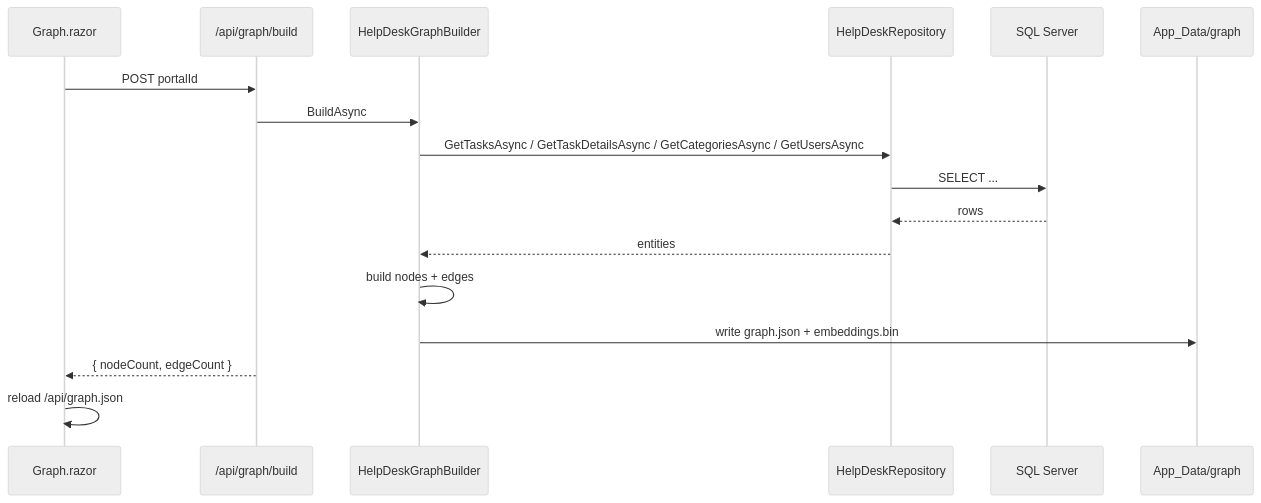
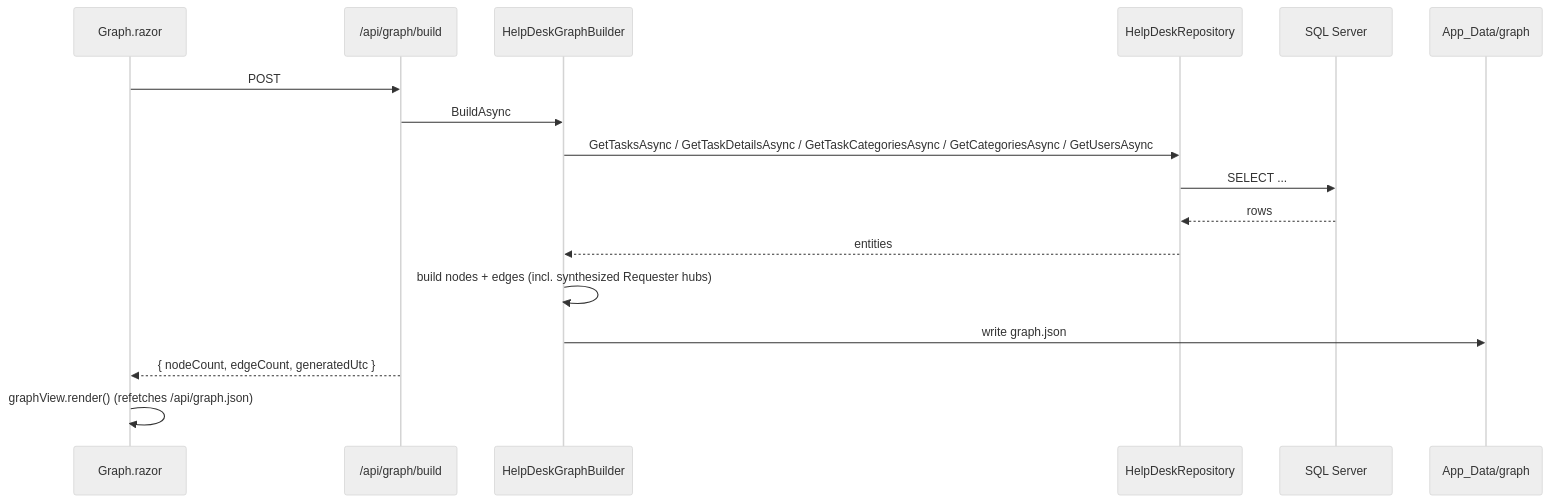
One commit to ADefWebserver/AdefHelpDeskGraphExplorer changed the third of 4 diagrams in docs/implementation-plan.md. Above: the diagram before and after it, drawn with Mermaid (neutral theme). The commit also changed other lines of this file, not shown here.

````diff
--- a/docs/implementation-plan.md
+++ b/docs/implementation-plan.md
@@ -336,20 +393,20 @@
 ```mermaid
 sequenceDiagram
     participant UI as Graph.razor
     participant API as /api/graph/build
     participant B as HelpDeskGraphBuilder
     participant Repo as HelpDeskRepository
     participant DB as SQL Server
     participant FS as App_Data/graph
 
-    UI->>API: POST portalId
+    UI->>API: POST
     API->>B: BuildAsync
-    B->>Repo: GetTasksAsync / GetTaskDetailsAsync / GetCategoriesAsync / GetUsersAsync
+    B->>Repo: GetTasksAsync / GetTaskDetailsAsync / GetTaskCategoriesAsync / GetCategoriesAsync / GetUsersAsync
     Repo->>DB: SELECT ...
     DB-->>Repo: rows
     Repo-->>B: entities
-    B->>B: build nodes + edges
-    B->>FS: write graph.json + embeddings.bin
-    API-->>UI: { nodeCount, edgeCount }
-    UI->>UI: reload /api/graph.json
+    B->>B: build nodes + edges (incl. synthesized Requester hubs)
+    B->>FS: write graph.json
+    API-->>UI: { nodeCount, edgeCount, generatedUtc }
+    UI->>UI: graphView.render() (refetches /api/graph.json)
 ```
````
